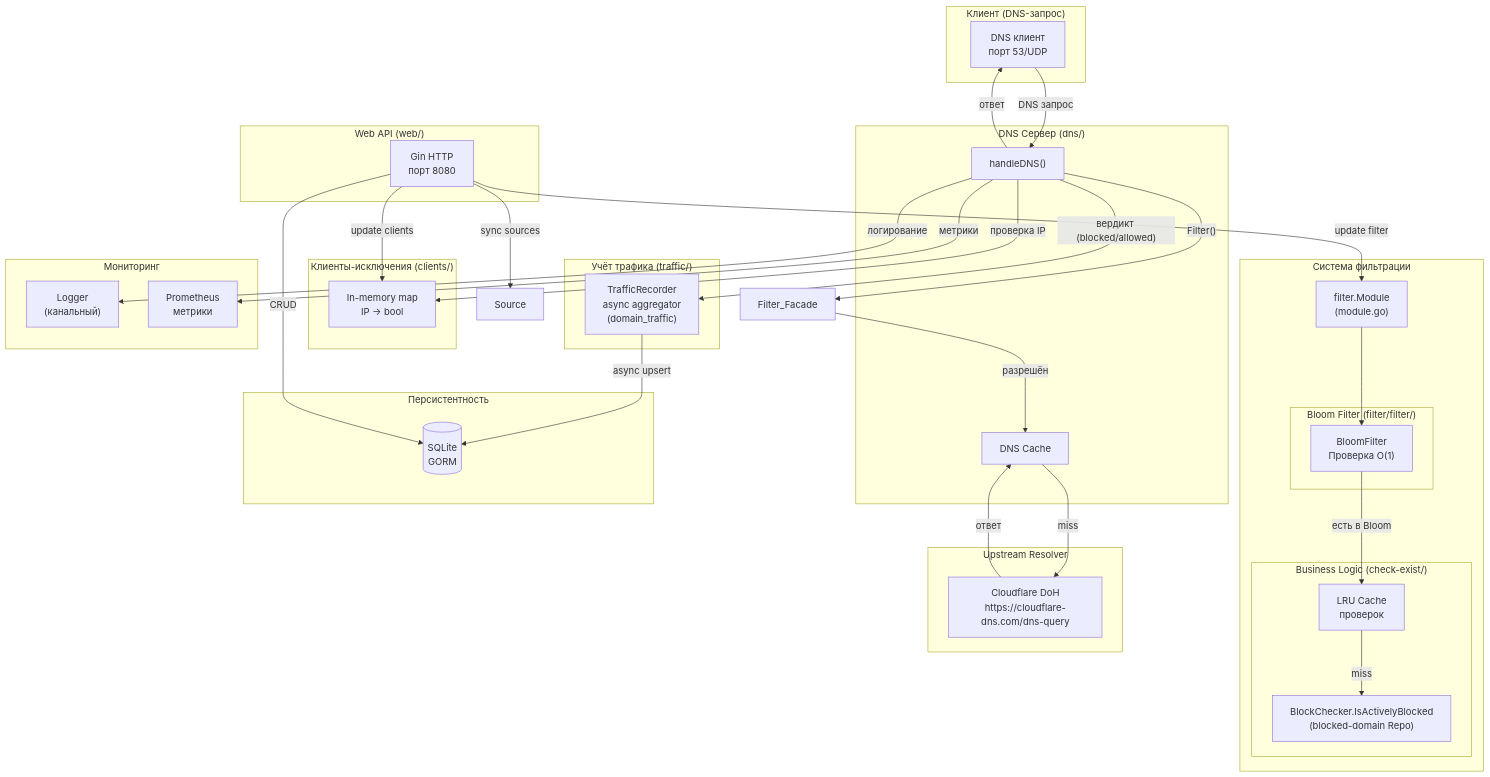
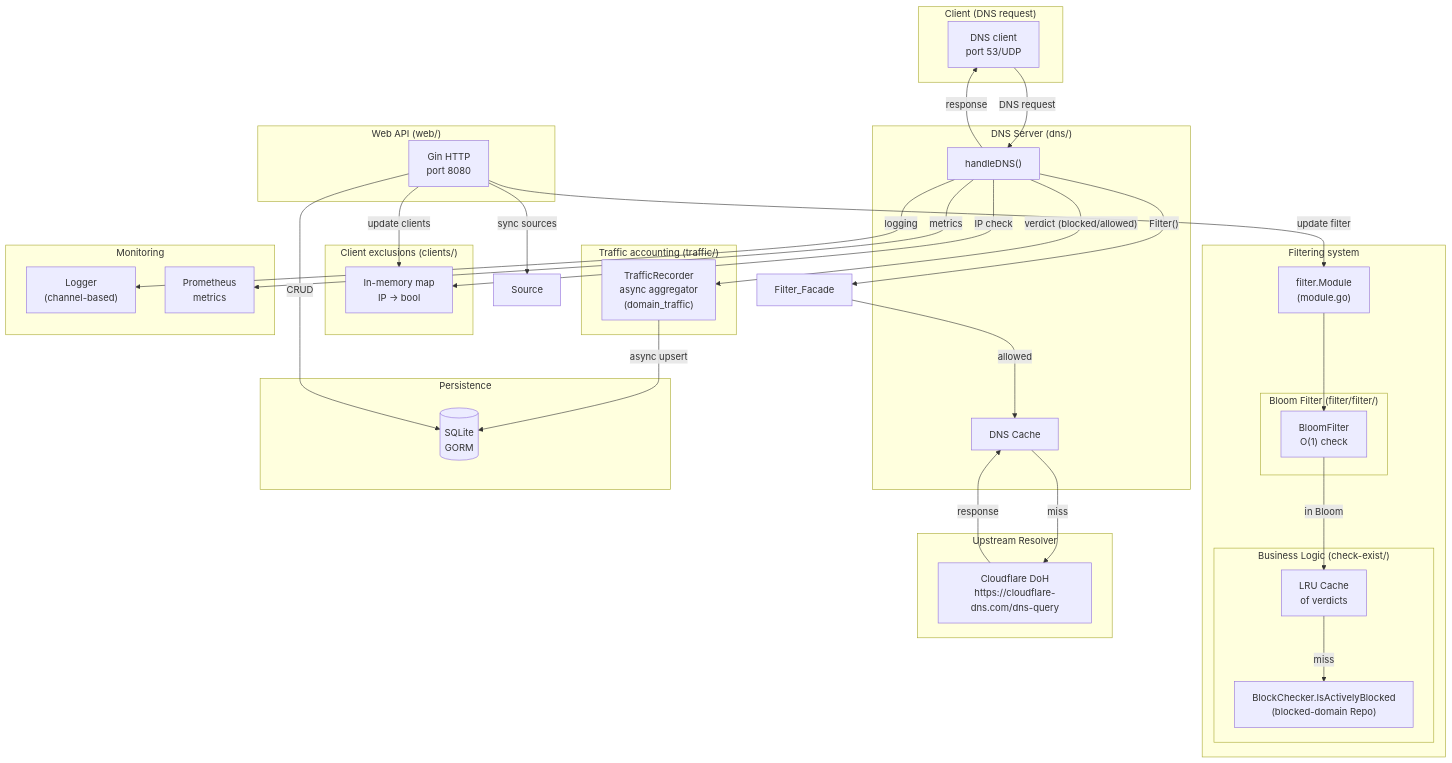
The first of 2 diagrams in ARCHITECTURE.md (alextorq/dns-filter), drawn with Mermaid before and after one commit. The commit also changed other lines of this file and 2 other files, not shown here.

Commit message:
docs: translate ARCHITECTURE.md to english

````diff
--- a/ARCHITECTURE.md
+++ b/ARCHITECTURE.md
@@ -544,78 +353,78 @@
 ```mermaid
 flowchart TB
-    subgraph Client["Клиент (DNS-запрос)"]
-        C["DNS клиент<br/>порт 53/UDP"]
+    subgraph Client["Client (DNS request)"]
+        C["DNS client<br/>port 53/UDP"]
     end
 
-    subgraph DNS_Server["DNS Сервер (dns/)"]
+    subgraph DNS_Server["DNS Server (dns/)"]
         DNS["handleDNS()"]
         DNS_Cache["DNS Cache"]
     end
 
-    subgraph Filter_System["Система фильтрации"]
+    subgraph Filter_System["Filtering system"]
         Filter_Module["filter.Module<br/>(module.go)"]
 
         subgraph Bloom_Layer["Bloom Filter (filter/filter/)"]
-            BF["BloomFilter<br/>Проверка O(1)"]
+            BF["BloomFilter<br/>O(1) check"]
         end
 
         subgraph Check_Logic["Business Logic (check-exist/)"]
-            Check_Cache["LRU Cache<br/>проверок"]
+            Check_Cache["LRU Cache<br/>of verdicts"]
             DB_Check["BlockChecker.IsActivelyBlocked<br/>(blocked-domain Repo)"]
         end
 
         Filter_Module --> BF
-        BF -->|"есть в Bloom"| Check_Cache
+        BF -->|"in Bloom"| Check_Cache
         Check_Cache -->|"miss"| DB_Check
     end
 
-    subgraph Clients_System["Клиенты-исключения (clients/)"]
+    subgraph Clients_System["Client exclusions (clients/)"]
         Clients_Map["In-memory map<br/>IP → bool"]
     end
 
     subgraph Upstream["Upstream Resolver"]
         Up["Cloudflare DoH<br/>https://cloudflare-dns.com/dns-query"]
     end
 
-    subgraph Persistence["Персистентность"]
+    subgraph Persistence["Persistence"]
         DB[(SQLite<br/>GORM)]
     end
 
-    subgraph Traffic_Tracking["Учёт трафика (traffic/)"]
+    subgraph Traffic_Tracking["Traffic accounting (traffic/)"]
         Traffic_Rec["TrafficRecorder<br/>async aggregator<br/>(domain_traffic)"]
     end
 
-    subgraph Monitoring["Мониторинг"]
-        Logger["Logger<br/>(канальный)"]
-        Metrics["Prometheus<br/>метрики"]
+    subgraph Monitoring["Monitoring"]
+        Logger["Logger<br/>(channel-based)"]
+        Metrics["Prometheus<br/>metrics"]
     end
 
     subgraph Web_API["Web API (web/)"]
-        API["Gin HTTP<br/>порт 8080"]
+        API["Gin HTTP<br/>port 8080"]
     end
 
-    %% Потоки данных
-    C -->|"DNS запрос"| DNS
-    DNS -->|"проверка IP"| Clients_Map
+    %% Data flows
+    C -->|"DNS request"| DNS
+    DNS -->|"IP check"| Clients_Map
     
     DNS -->|"Filter()"| Filter_Facade
-    DNS -->|"вердикт (blocked/allowed)"| Traffic_Rec
+    DNS -->|"verdict (blocked/allowed)"| Traffic_Rec
     
-    Filter_Facade -->|"разрешён"| DNS_Cache
+    Filter_Facade -->|"allowed"| DNS_Cache
     DNS_Cache -->|"miss"| Up
-    Up -->|"ответ"| DNS_Cache
+    Up -->|"response"| DNS_Cache
     
-    DNS -->|"логирование"| Logger
-    DNS -->|"метрики"| Metrics
+    DNS -->|"logging"| Logger
+    DNS -->|"metrics"| Metrics
     
-    DNS -->|"ответ"| C
+    DNS -->|"response"| C
     
-    %% Учёт трафика (батчем, async)
+    %% Traffic accounting (batched, async)
     Traffic_Rec -->|"async upsert"| DB
     
-    %% Web API -> Компоненты
+    %% Web API -> Components
     API -->|"CRUD"| DB
     API -->|"update filter"| Filter_Module
     API -->|"sync sources"| Source
     API -->|"update clients"| Clients_Map
 ```
````
